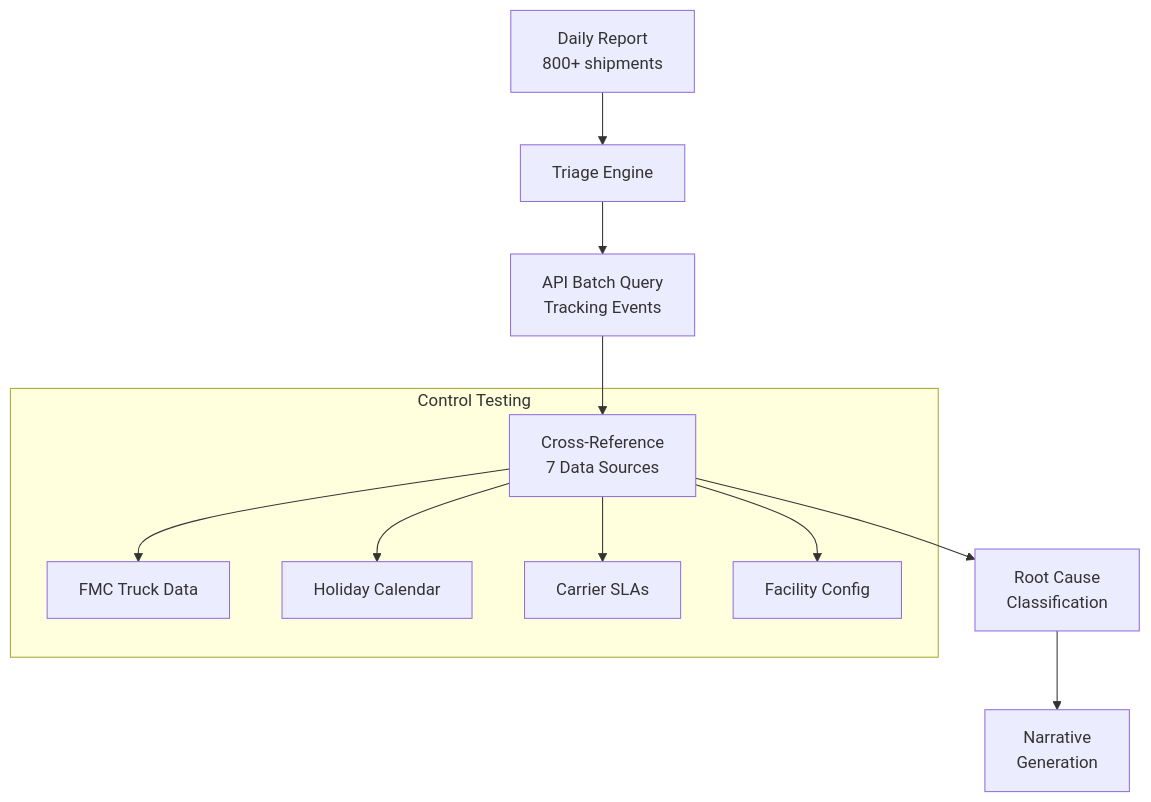
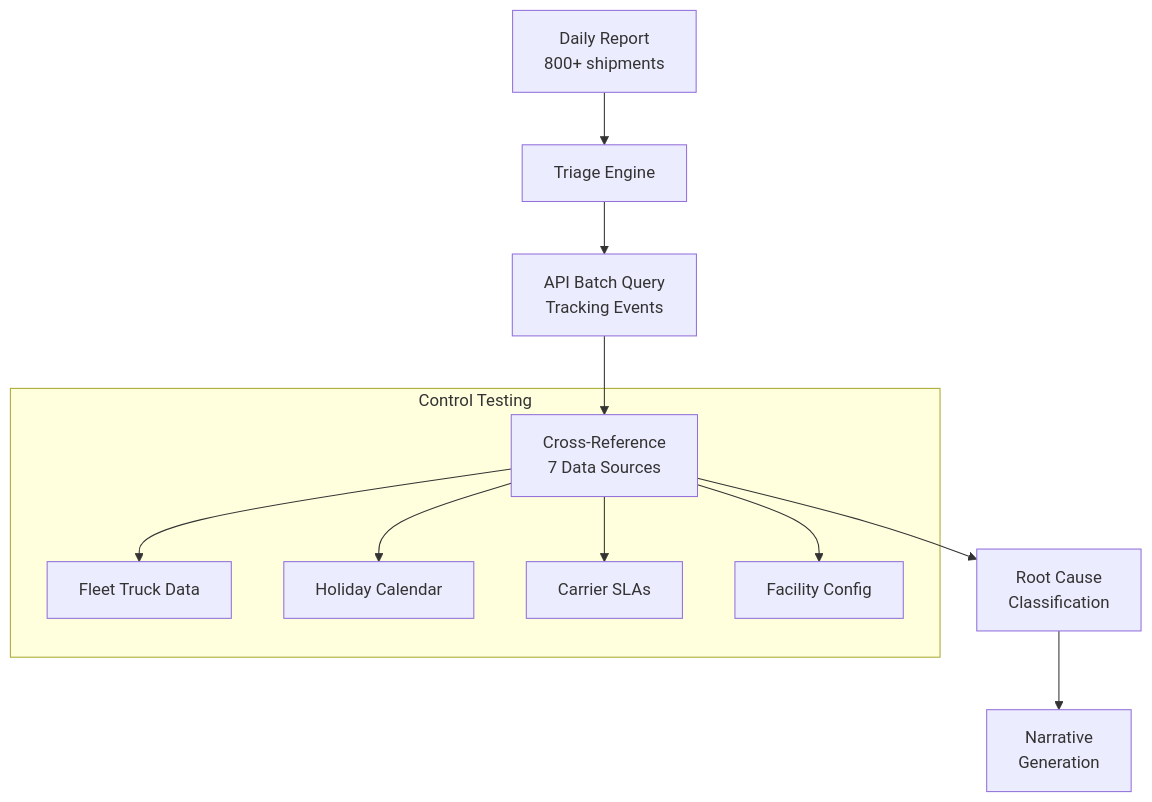
One commit to bladijm-design/operations-audit-portfolio changed the second of 7 diagrams in README.md. Above: the diagram before and after it, drawn with Mermaid. The commit also changed other lines of this file and 6 other files, not shown here.

````diff
--- a/README.md
+++ b/README.md
@@ -89,15 +90,15 @@
 ```mermaid
 graph TD
     A[Daily Report<br/>800+ shipments] --> B[Triage Engine]
     B --> C[API Batch Query<br/>Tracking Events]
     C --> D[Cross-Reference<br/>7 Data Sources]
     D --> E[Root Cause<br/>Classification]
     E --> F[Narrative<br/>Generation]
     
     subgraph "Control Testing"
-        D --> G[FMC Truck Data]
+        D --> G[Fleet Truck Data]
         D --> H[Holiday Calendar]
         D --> I[Carrier SLAs]
         D --> J[Facility Config]
     end
 ```
````
